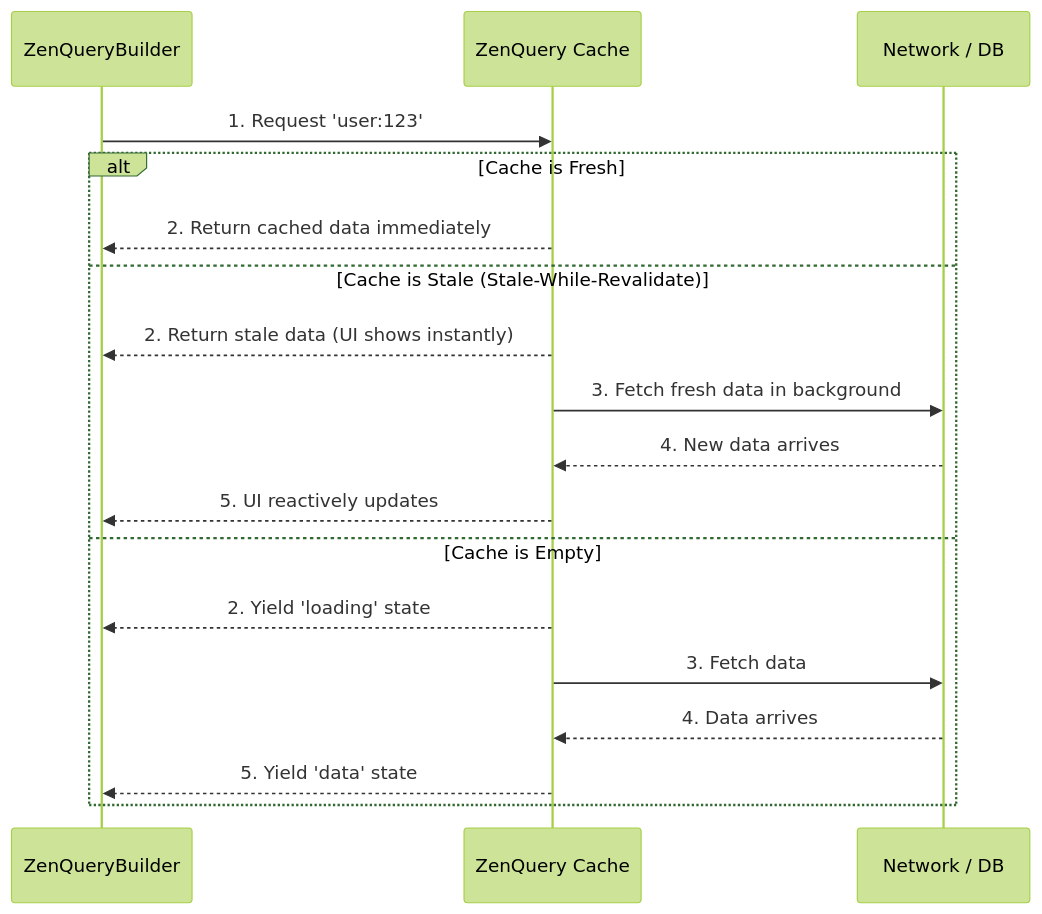
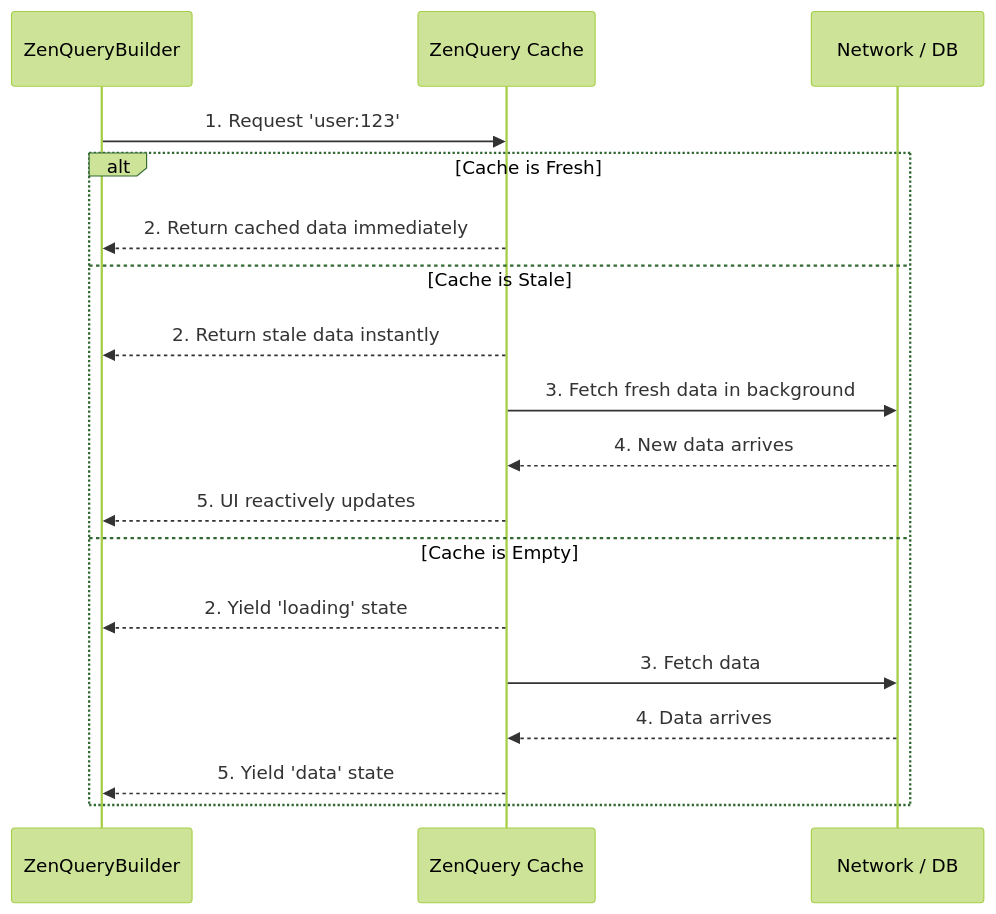
The second of 2 diagrams in README.md (sdegenaar/zenify), drawn with Mermaid (forest theme) before and after one commit. The commit also changed other lines of this file and 6 other files, not shown here.

````diff
--- a/README.md
+++ b/README.md
@@ -295,21 +347,21 @@
 ```mermaid
 sequenceDiagram
     participant UI as ZenQueryBuilder
     participant Cache as ZenQuery Cache
     participant API as Network / DB
-    
+
     UI->>Cache: 1. Request 'user:123'
     alt Cache is Fresh
         Cache-->>UI: 2. Return cached data immediately
-    else Cache is Stale (Stale-While-Revalidate)
-        Cache-->>UI: 2. Return stale data (UI shows instantly)
+    else Cache is Stale
+        Cache-->>UI: 2. Return stale data instantly
         Cache->>API: 3. Fetch fresh data in background
         API-->>Cache: 4. New data arrives
         Cache-->>UI: 5. UI reactively updates
     else Cache is Empty
         Cache-->>UI: 2. Yield 'loading' state
         Cache->>API: 3. Fetch data
         API-->>Cache: 4. Data arrives
         Cache-->>UI: 5. Yield 'data' state
     end
 ```
````
